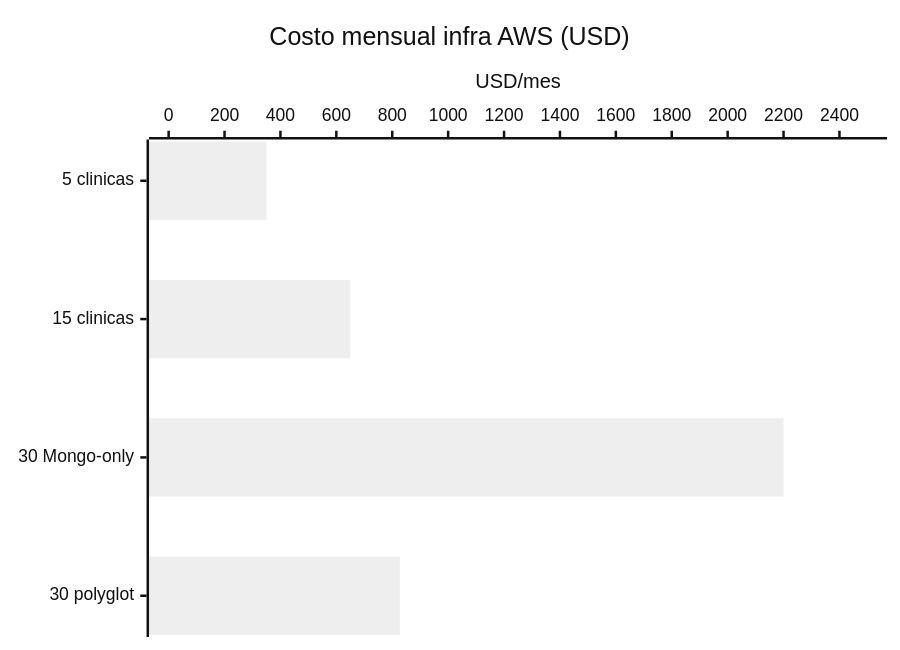
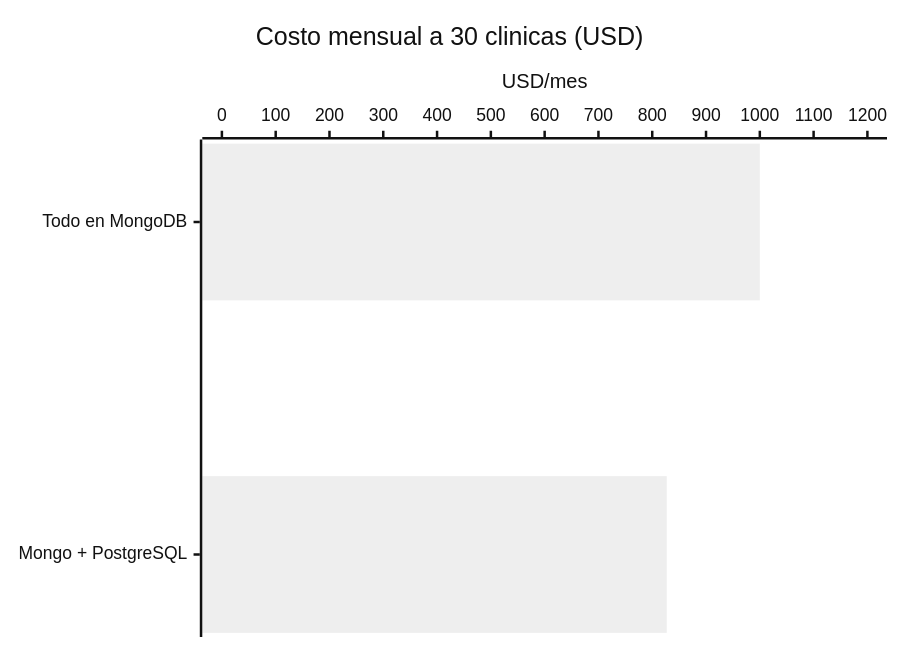
Diagram 19 of 20 in README.md (gmeono94/nua-salud-panel), drawn with Mermaid (neutral theme) before and after one commit. The commit also changed other lines of this file, not shown here.

First line of the commit message:
docs: replace polyglot with multi-model, split cost comparison into two scenarios

````diff
--- a/README.md
+++ b/README.md
@@ -980,7 +1010,7 @@
 ```mermaid
 xychart-beta horizontal
-    title "Costo mensual infra AWS (USD)"
-    x-axis ["5 clinicas", "15 clinicas", "30 Mongo-only", "30 polyglot"]
-    y-axis "USD/mes" 0 --> 2500
-    bar [350, 650, 2200, 827]
+    title "Costo mensual a 30 clinicas (USD)"
+    x-axis ["Todo en MongoDB", "Mongo + PostgreSQL"]
+    y-axis "USD/mes" 0 --> 1200
+    bar [1000, 827]
 ```
````
